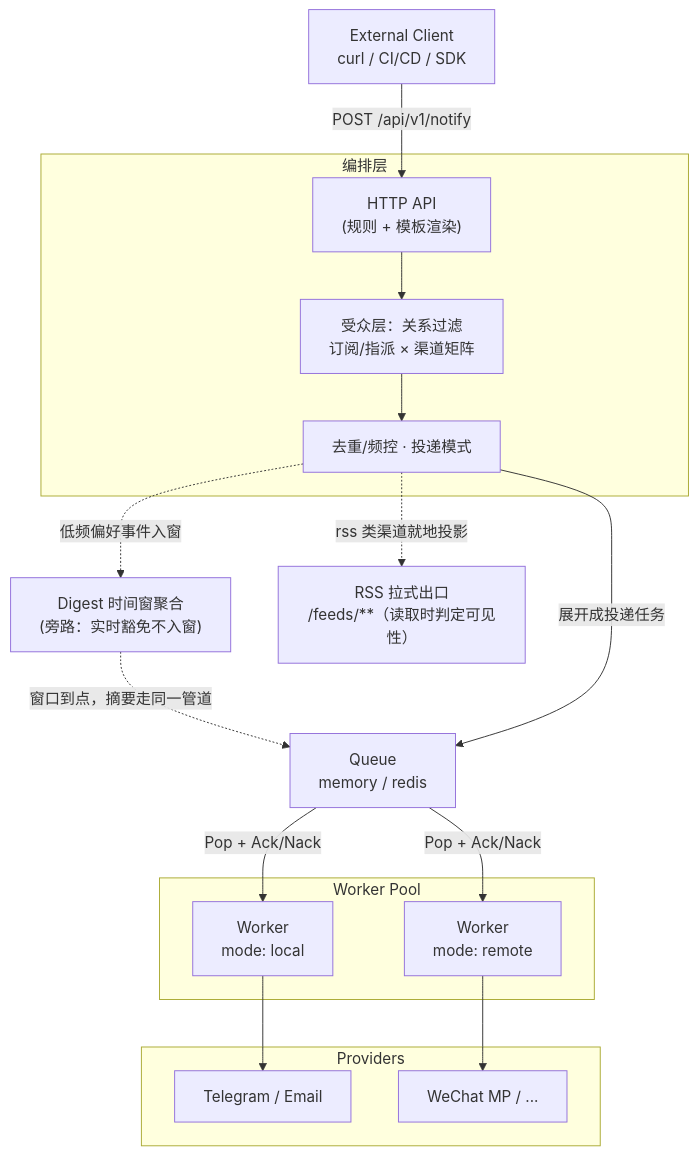
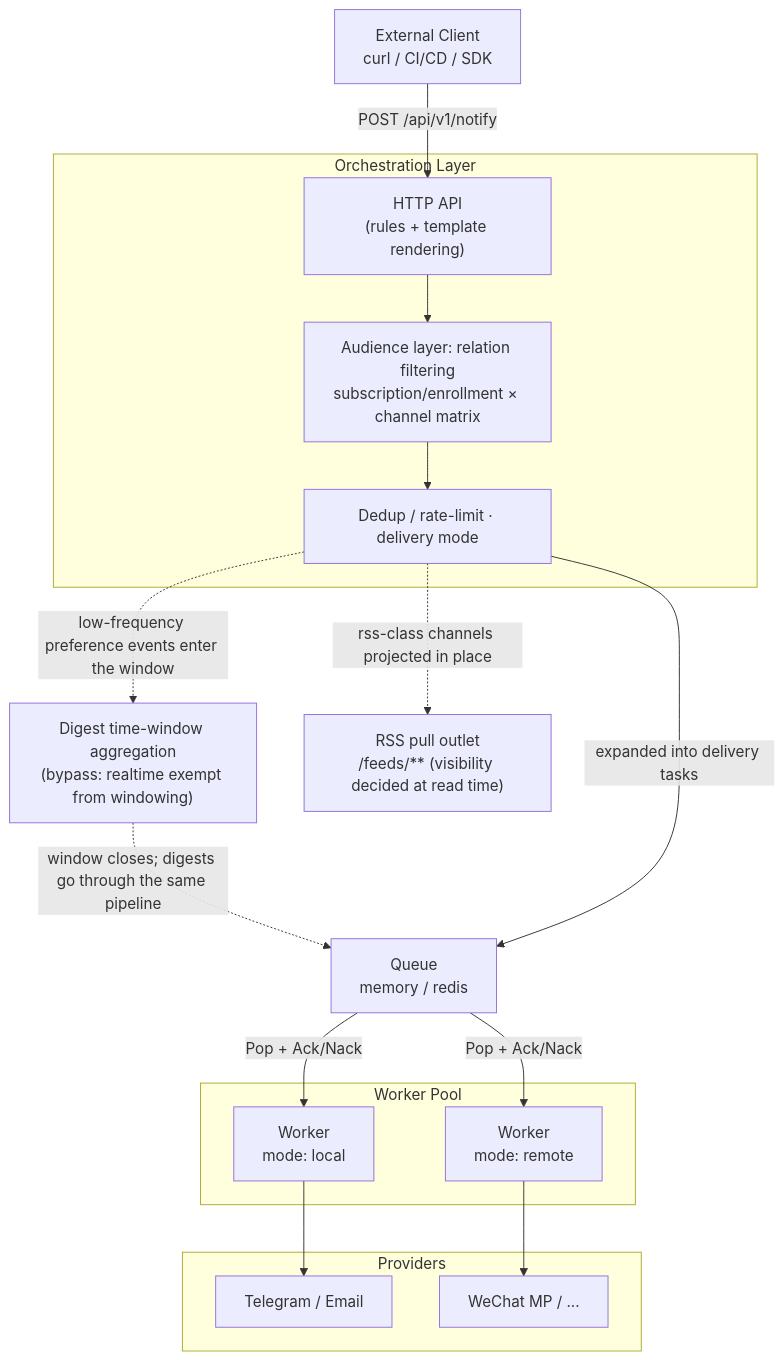
Before and after one commit to cuihairu/herald: the diagram in README.md, drawn with Mermaid. The commit also changed other lines of this file and 1 other file, not shown here.

````diff
--- a/README.md
+++ b/README.md
@@ -173,37 +175,37 @@
 ```mermaid
 graph TB
     Client["External Client<br/>curl / CI/CD / SDK"]
 
-    subgraph Orchestration["编排层"]
-        API["HTTP API<br/>(规则 + 模板渲染)"]
-        Filter["受众层：关系过滤<br/>订阅/指派 × 渠道矩阵"]
-        Fold["去重/频控 · 投递模式"]
+    subgraph Orchestration["Orchestration Layer"]
+        API["HTTP API<br/>(rules + template rendering)"]
+        Filter["Audience layer: relation filtering<br/>subscription/enrollment × channel matrix"]
+        Fold["Dedup / rate-limit · delivery mode"]
     end
 
-    Digest["Digest 时间窗聚合<br/>(旁路：实时豁免不入窗)"]
-    RSS["RSS 拉式出口<br/>/feeds/**（读取时判定可见性）"]
+    Digest["Digest time-window aggregation<br/>(bypass: realtime exempt from windowing)"]
+    RSS["RSS pull outlet<br/>/feeds/** (visibility decided at read time)"]
 
     Queue["Queue<br/>memory / redis"]
 
     subgraph Workers["Worker Pool"]
         W1["Worker<br/>mode: local"]
         W3["Worker<br/>mode: remote"]
     end
 
     subgraph Providers
         P1["Telegram / Email"]
         P3["WeChat MP / ..."]
     end
 
     Client -->|POST /api/v1/notify| API
     API --> Filter
     Filter --> Fold
-    Fold -.->|"低频偏好事件入窗"| Digest
-    Digest -.->|"窗口到点，摘要走同一管道"| Queue
-    Fold -.->|"rss 类渠道就地投影"| RSS
-    Fold -->|"展开成投递任务"| Queue
+    Fold -.->|"low-frequency preference events enter the window"| Digest
+    Digest -.->|"window closes; digests go through the same pipeline"| Queue
+    Fold -.->|"rss-class channels projected in place"| RSS
+    Fold -->|"expanded into delivery tasks"| Queue
     Queue -->|Pop + Ack/Nack| W1
     Queue -->|Pop + Ack/Nack| W3
     W1 --> P1
     W3 --> P3
 ```
````
